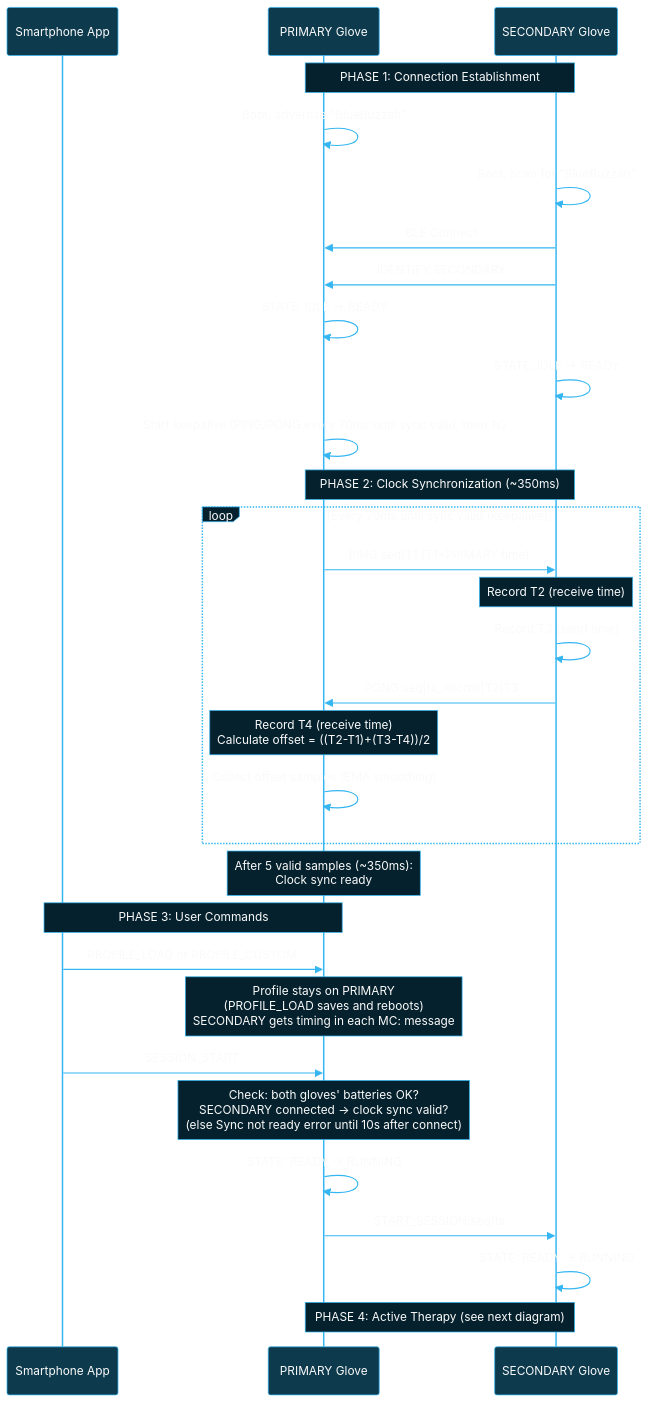
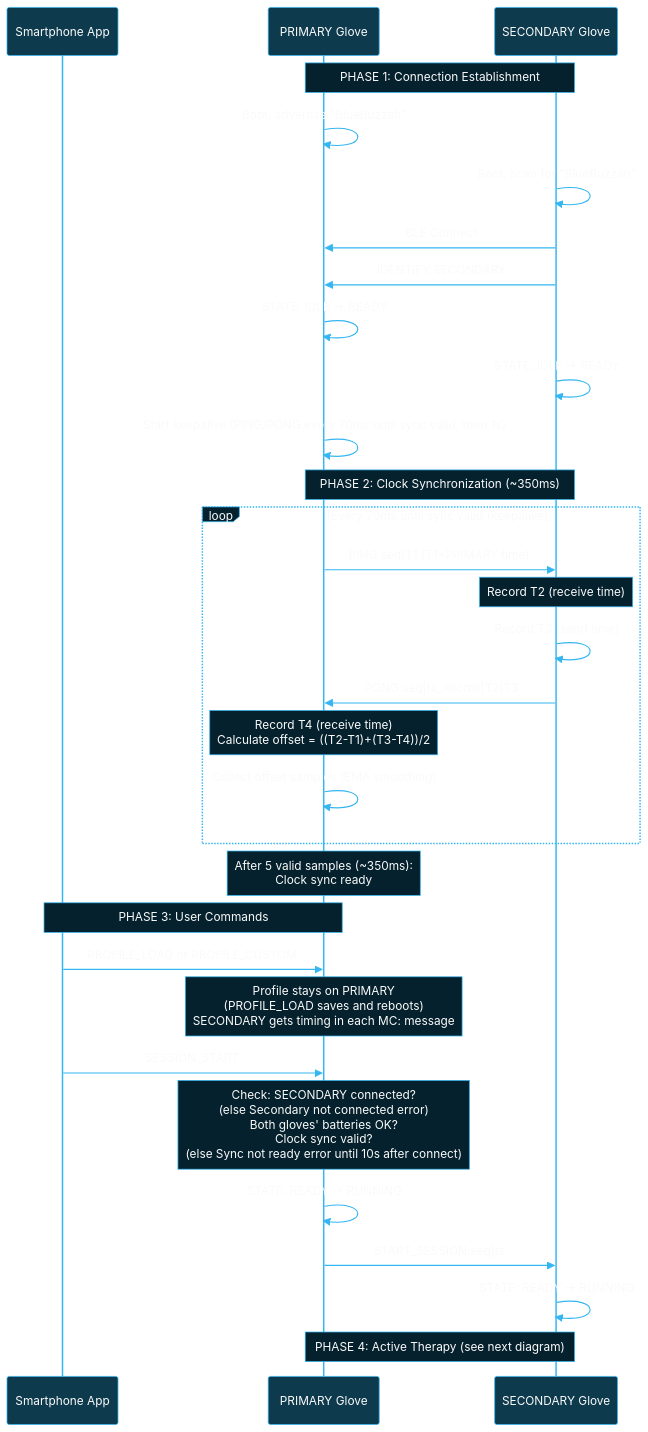
The second of 11 diagrams in docs/THERAPY_SESSION_FLOW.md (BlueBuzzah/BlueBuzzah-Firmware), drawn with Mermaid before and after one commit. The commit also changed 4 other files, not shown here.

````diff
--- a/docs/THERAPY_SESSION_FLOW.md
+++ b/docs/THERAPY_SESSION_FLOW.md
@@ -105,63 +105,63 @@
 ```mermaid
 %%{init: {'theme': 'base', 'themeVariables': {
   'primaryColor': '#0d3a4d',
   'primaryTextColor': '#fafafa',
   'primaryBorderColor': '#35B6F2',
   'lineColor': '#35B6F2',
   'secondaryColor': '#05212D',
   'tertiaryColor': '#0a0a0a',
   'background': '#0a0a0a',
   'actorBkg': '#0d3a4d',
   'actorBorder': '#35B6F2',
   'actorTextColor': '#fafafa',
   'actorLineColor': '#35B6F2',
   'signalColor': '#35B6F2',
   'signalTextColor': '#fafafa',
   'labelBoxBkgColor': '#05212D',
   'labelBoxBorderColor': '#35B6F2',
   'labelTextColor': '#fafafa',
   'loopTextColor': '#fafafa',
   'noteBkgColor': '#05212D',
   'noteBorderColor': '#35B6F2',
   'noteTextColor': '#fafafa',
   'activationBkgColor': '#0d3a4d',
   'activationBorderColor': '#35B6F2',
   'sequenceNumberColor': '#fafafa'
 }}}%%
 sequenceDiagram
     participant APP as Smartphone App
     participant P as PRIMARY Glove
     participant S as SECONDARY Glove
 
     Note over P,S: PHASE 1: Connection Establishment
     P->>P: Boot, advertise "BlueBuzzah"
     S->>S: Boot, scan for "BlueBuzzah"
     S->>P: BLE Connect
     S->>P: IDENTIFY:SECONDARY
     P->>P: STATE: IDLE → READY
     S->>S: STATE: IDLE → READY
     P->>P: Start keepalive (PING/PONG every 70ms until sync valid, then 1s)
 
     Note over P,S: PHASE 2: Clock Synchronization (~350ms)
     loop Every 70ms until sync valid (keepalive)
         P->>S: PING:seq|T1 (T1=PRIMARY time)
         Note over S: Record T2 (receive time)
         S->>S: Record T3 (send time)
         S->>P: PONG:seq|tx_micros|T2|T3
         Note over P: Record T4 (receive time)<br/>Calculate offset = ((T2-T1)+(T3-T4))/2
         P->>P: Collect offset samples (EMA smoothing)
     end
     Note over P: After 5 valid samples (~350ms):<br/>Clock sync ready
 
     Note over APP,P: PHASE 3: User Commands
     APP->>P: PROFILE_LOAD or PROFILE_CUSTOM
     Note over P: Profile stays on PRIMARY<br/>(PROFILE_LOAD saves and reboots)<br/>SECONDARY gets timing in each MC: message
 
     APP->>P: SESSION_START
-    Note over P: Check: both gloves' batteries OK?<br/>SECONDARY connected → clock sync valid?<br/>(else Sync not ready error until 10s after connect)
+    Note over P: Check: SECONDARY connected?<br/>(else Secondary not connected error)<br/>Both gloves' batteries OK?<br/>Clock sync valid?<br/>(else Sync not ready error until 10s after connect)
     P->>P: STATE: READY → RUNNING
     P->>S: START_SESSION:seq|ts
     S->>S: STATE: READY → RUNNING
 
     Note over P,S: PHASE 4: Active Therapy (see next diagram)
 ```
````
